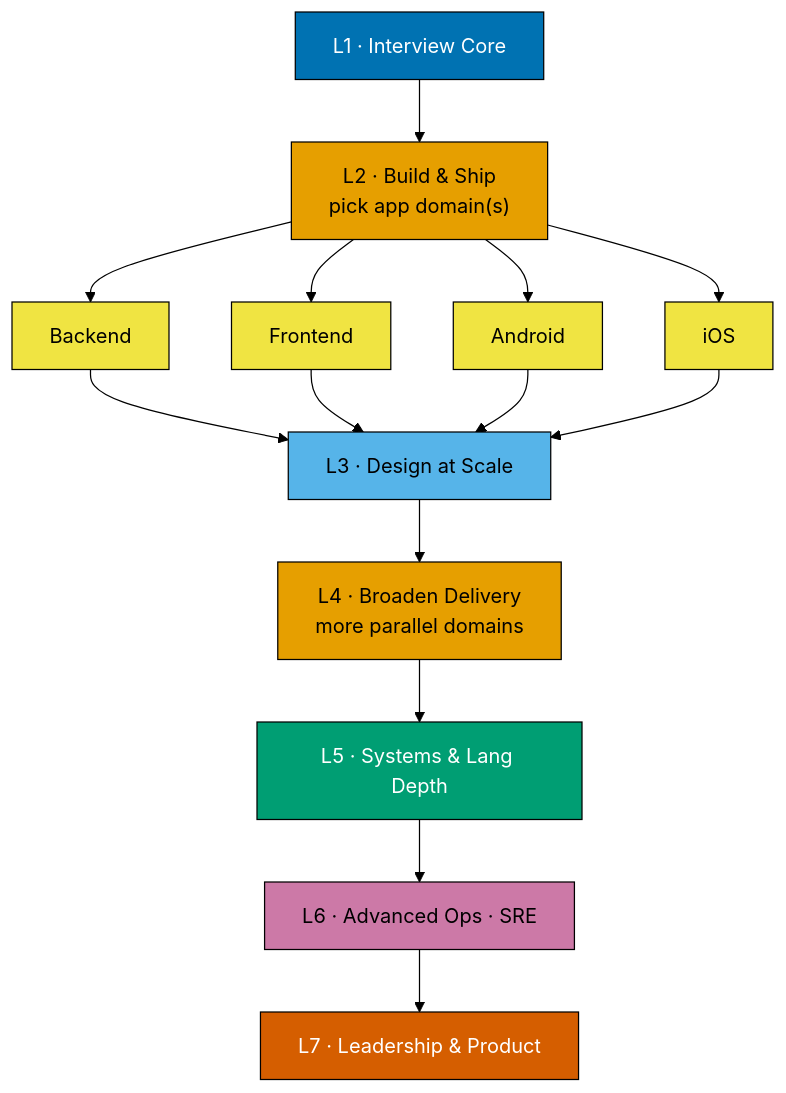
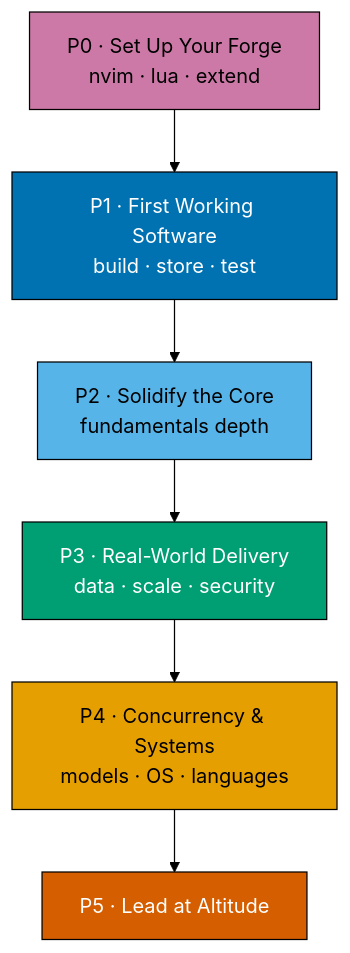
The first of 2 diagrams in plans/in-progress/the-well-grounded-software-engineer/prd.md (wahidyankf/baseerah), drawn with Mermaid (forest theme) before and after one commit. The commit also changed other lines of this file and 70 other files, not shown here.

````diff
--- a/plans/in-progress/the-well-grounded-software-engineer/prd.md
+++ b/plans/in-progress/the-well-grounded-software-engineer/prd.md
@@ -43,39 +125,23 @@
 ```mermaid
 flowchart TD
-    L1["L1 · Interview Core"]
-    L2["L2 · Build & Ship<br/>pick app domain(s)"]
-    L1 --> L2
+    P0["P0 · Set Up Your Forge<br/>nvim · lua · extend"]
+    P1["P1 · First Working Software<br/>build · store · test"]
+    P2["P2 · Solidify the Core<br/>fundamentals depth"]
+    P3["P3 · Real-World Delivery<br/>data · scale · security"]
+    P4["P4 · Concurrency & Systems<br/>models · OS · languages"]
+    P5["P5 · Lead at Altitude"]
+    P0 --> P1 --> P2 --> P3 --> P4 --> P5
 
-    L2 --> BE["Backend"]
-    L2 --> FE["Frontend"]
-    L2 --> AND["Android"]
-    L2 --> IOS["iOS"]
-
-    BE --> L3
-    FE --> L3
-    AND --> L3
-    IOS --> L3
-
-    L3["L3 · Design at Scale"]
-    L4["L4 · Broaden Delivery<br/>more parallel domains"]
-    L5["L5 · Systems &amp; Lang Depth"]
-    L6["L6 · Advanced Ops · SRE"]
-    L7["L7 · Leadership &amp; Product"]
-    L3 --> L4 --> L5 --> L6 --> L7
-
-    classDef core fill:#0072B2,stroke:#000,color:#fff
-    classDef branch fill:#E69F00,stroke:#000,color:#000
-    classDef domain fill:#F0E442,stroke:#000,color:#000
-    classDef design fill:#56B4E9,stroke:#000,color:#000
-    classDef sys fill:#009E73,stroke:#000,color:#fff
-    classDef ops fill:#CC79A7,stroke:#000,color:#000
-    classDef lead fill:#D55E00,stroke:#000,color:#fff
-    class L1 core
-    class L2 branch
-    class BE,FE,AND,IOS domain
-    class L3 design
-    class L4 branch
-    class L5 sys
-    class L6 ops
-    class L7 lead
+    classDef p0 fill:#CC79A7,stroke:#000,color:#000
+    classDef p1 fill:#0072B2,stroke:#000,color:#fff
+    classDef p2 fill:#56B4E9,stroke:#000,color:#000
+    classDef p3 fill:#009E73,stroke:#000,color:#fff
+    classDef p4 fill:#E69F00,stroke:#000,color:#000
+    classDef p5 fill:#D55E00,stroke:#000,color:#fff
+    class P0 p0
+    class P1 p1
+    class P2 p2
+    class P3 p3
+    class P4 p4
+    class P5 p5
 ```
````
